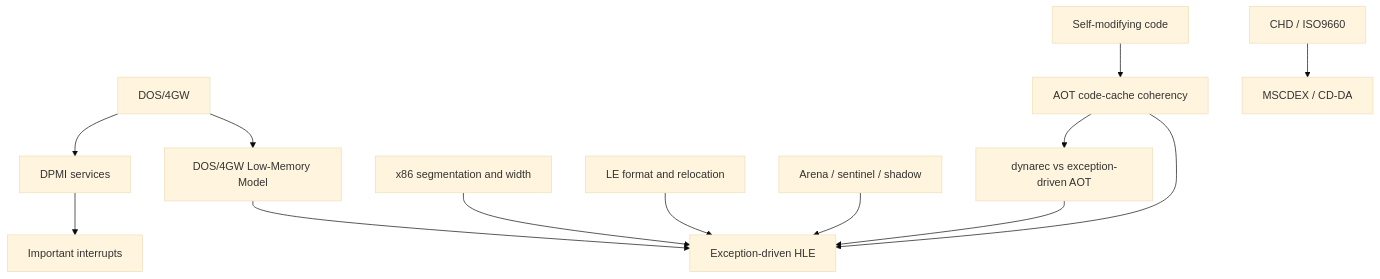
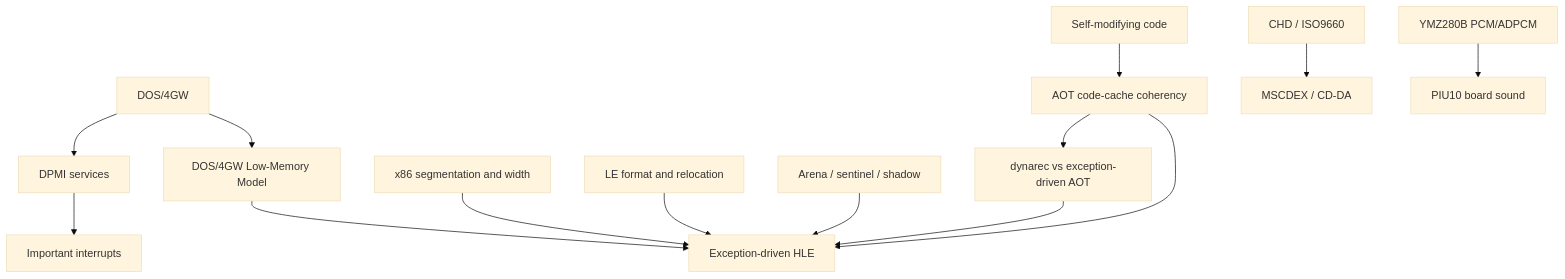
One commit to nworkers/rePIU changed the diagram in docs/kb/README.md. Above: the diagram before and after it, drawn with Mermaid (base theme). The commit also changed other lines of this file and 25 other files, not shown here.

First line of the commit message:
Emulate the PIU10 YMZ280B and route its output to SDL audio (v0.0.92)

````diff
--- a/docs/kb/README.md
+++ b/docs/kb/README.md
@@ -7,15 +7,16 @@
 ```mermaid
 flowchart TD
     DOS["DOS/4GW"] --> DPMI["DPMI services"]
     DOS --> LOWMEM["DOS/4GW Low-Memory Model"]
     DPMI --> INT["Important interrupts"]
     CPU["x86 segmentation and width"] --> HLE["Exception-driven HLE"]
     LE["LE format and relocation"] --> HLE
     LOWMEM --> HLE
     TERMS["Arena / sentinel / shadow"] --> HLE
     SMC["Self-modifying code"] --> CACHE["AOT code-cache coherency"]
     CACHE --> DYNAREC["dynarec vs exception-driven AOT"]
     DYNAREC --> HLE
     CACHE --> HLE
     CHD["CHD / ISO9660"] --> MSCDEX["MSCDEX / CD-DA"]
+    YMZ["YMZ280B PCM/ADPCM"] --> SOUND["PIU10 board sound"]
 ```
````
